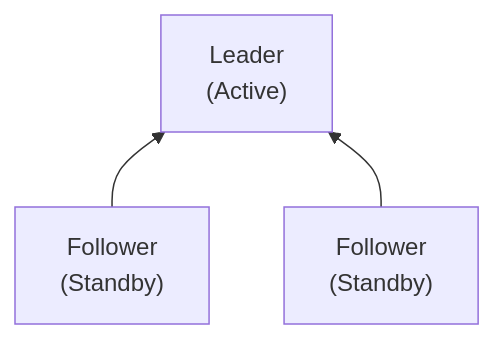
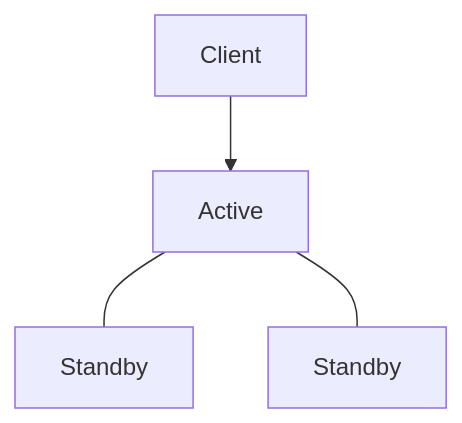
Before and after one commit to sanghoon-lee/sanghoon-lee.github.io: the first of 2 diagrams in _posts/2026-06-26-vault-ha.md, drawn with Mermaid. The commit also changed other lines of this file, not shown here.

````diff
--- a/_posts/2026-06-26-vault-ha.md
+++ b/_posts/2026-06-26-vault-ha.md
@@ -57,10 +39,11 @@
-```mermaid
-graph BT
-    Leader["Leader<br>(Active)"]
-    Follower1["Follower<br>(Standby)"]
-    Follower2["Follower<br>(Standby)"]
-
-    Follower1 --> Leader
-    Follower2 --> Leader
-
+```mermaid 
+graph TD
+    Client["Client"]
+    Leader["Active"] 
+    Follower1["Standby"] 
+    Follower2["Standby"] 
+    
+    Client --> Leader
+    Leader --- Follower1
+    Leader --- Follower2 
 ```
````
